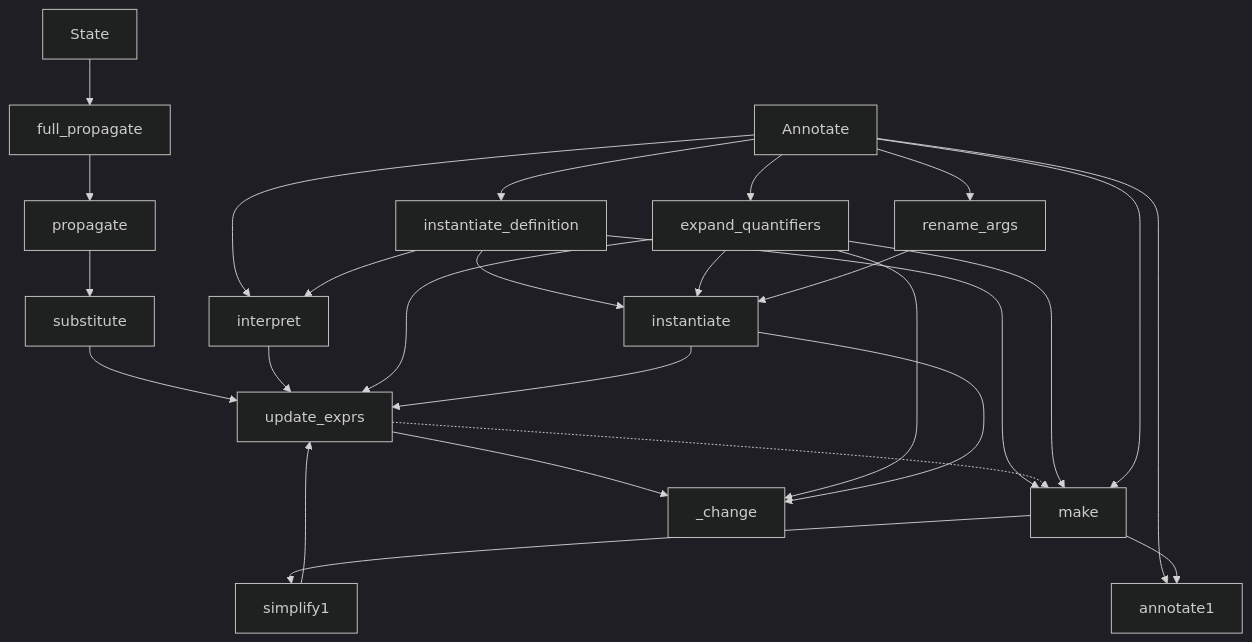
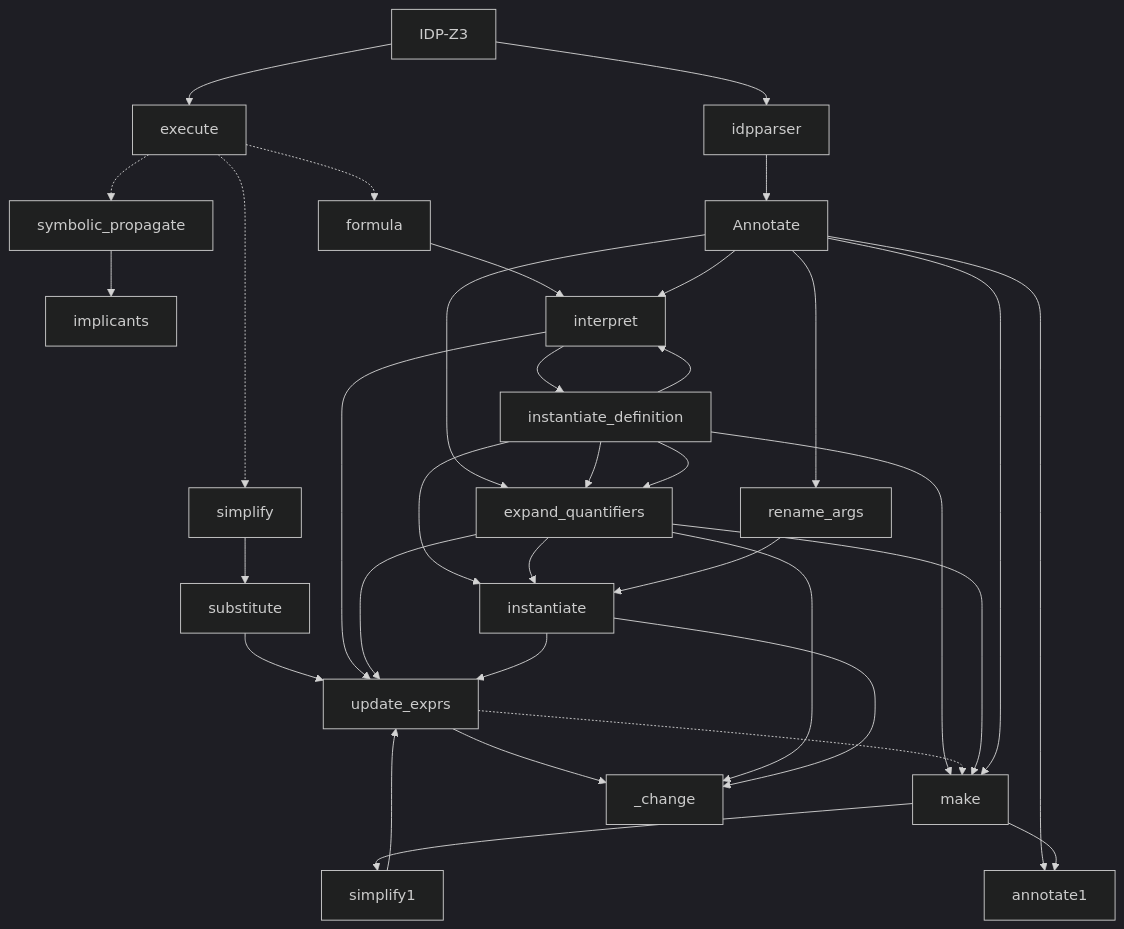
Before and after one commit to Sobhangh/IDP-Z3: the diagram in docs/zettlr/Substitute.md, drawn with Mermaid (dark theme). The commit also changed other lines of this file and 4 other files, not shown here.

````diff
--- a/docs/zettlr/Substitute.md
+++ b/docs/zettlr/Substitute.md
@@ -10,36 +11,45 @@
 ```mermaid
 graph TD
+    IDP-Z3 --> idpparser
+    IDP-Z3 --> execute
+    
+    execute -.-> symbolic_propagate;
+    symbolic_propagate --> implicants;
+    execute -.-> simplify;
+    simplify --> substitute;
+    substitute --> update_exprs;
+    execute -.-> formula
+    formula --> interpret
+    
+    idpparser --> Annotate
     Annotate --> expand_quantifiers;
     Annotate --> interpret;
-    Annotate --> instantiate_definition;
     Annotate --> rename_args;
     
-    State --> full_propagate;
-    full_propagate --> propagate;
-    propagate --> substitute;
-    substitute --> update_exprs;
-    
     instantiate_definition --> instantiate;
+    instantiate_definition --> expand_quantifiers;
     expand_quantifiers --> instantiate;
+    interpret --> instantiate_definition
     interpret --> update_exprs;
     expand_quantifiers --> update_exprs;
     
     
     instantiate_definition --> make;
     update_exprs --> _change;
     update_exprs -.-> make;
     expand_quantifiers --> make;
     make --> simplify1;
     Annotate --> annotate1;
     make --> annotate1;
     
     expand_quantifiers --> _change;
 
     instantiate --> _change;
 		    rename_args --> instantiate;
     instantiate_definition --> interpret;
+    instantiate_definition --> expand_quantifiers
     Annotate --> make;
     simplify1 --> update_exprs;
     instantiate --> update_exprs;
 
 ```
````
